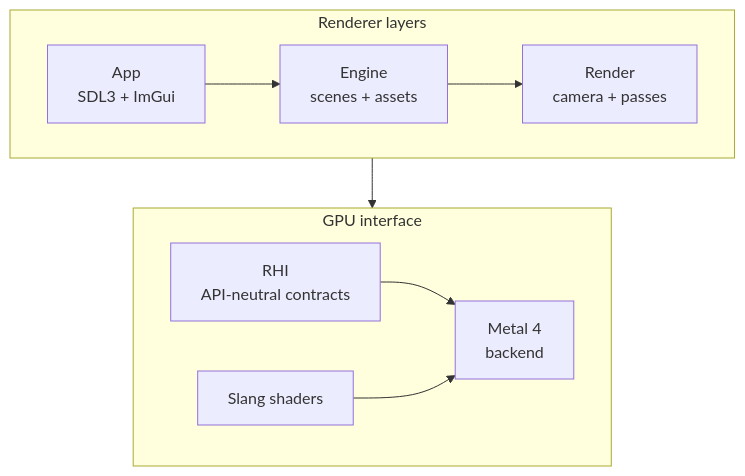
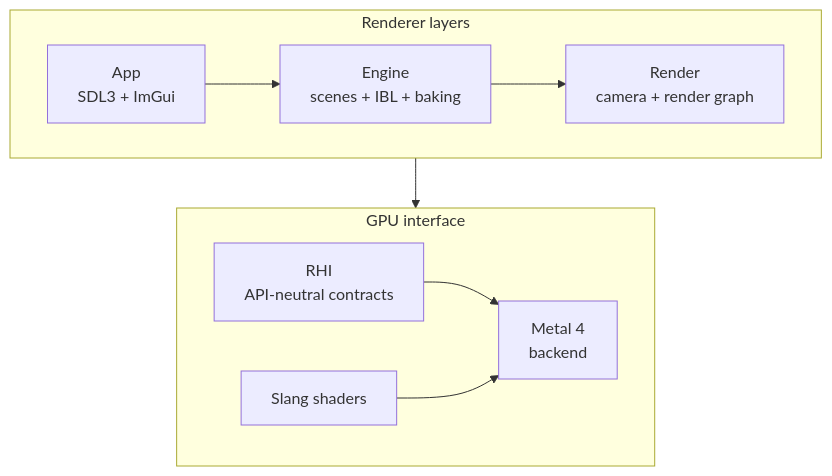
The second of 2 diagrams in README.md (AmanThuL/Luminex), drawn with Mermaid before and after one commit. The commit also changed other lines of this file and 3 other files, not shown here.

````diff
--- a/README.md
+++ b/README.md
@@ -109,13 +114,13 @@
 ```mermaid
 flowchart TB
     subgraph Layers["Renderer layers"]
         direction LR
-        App["App<br/>SDL3 + ImGui"] --> Engine["Engine<br/>scenes + assets"] --> Render["Render<br/>camera + passes"]
+        App["App<br/>SDL3 + ImGui"] --> Engine["Engine<br/>scenes + IBL + baking"] --> Render["Render<br/>camera + render graph"]
     end
     subgraph GPU["GPU interface"]
         direction LR
         RHI["RHI<br/>API-neutral contracts"] --> Metal["Metal 4<br/>backend"]
         Shaders["Slang shaders"] --> Metal
     end
     Render --> RHI
 ```
````
